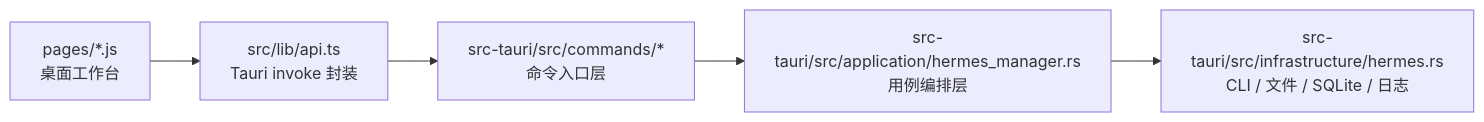
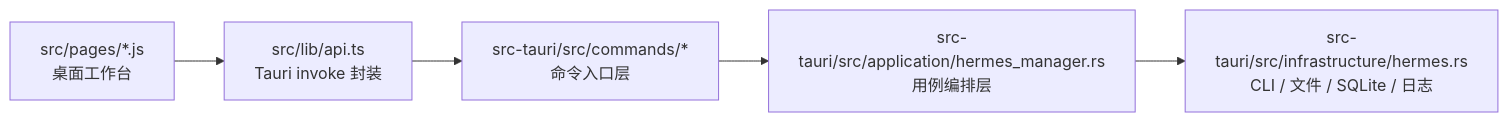
One commit to axdlee/hermespanel changed the diagram in README.md. Above: the diagram before and after it, drawn with Mermaid. The commit also changed other lines of this file and 32 other files, not shown here.

````diff
--- a/README.md
+++ b/README.md
@@ -81,7 +107,7 @@
 ```mermaid
 flowchart LR
-  UI["pages/*.js<br/>桌面工作台"] --> API["src/lib/api.ts<br/>Tauri invoke 封装"]
+  UI["src/pages/*.js<br/>桌面工作台"] --> API["src/lib/api.ts<br/>Tauri invoke 封装"]
   API --> CMD["src-tauri/src/commands/*<br/>命令入口层"]
   CMD --> APP["src-tauri/src/application/hermes_manager.rs<br/>用例编排层"]
   APP --> INFRA["src-tauri/src/infrastructure/hermes.rs<br/>CLI / 文件 / SQLite / 日志"]
 ```
````
